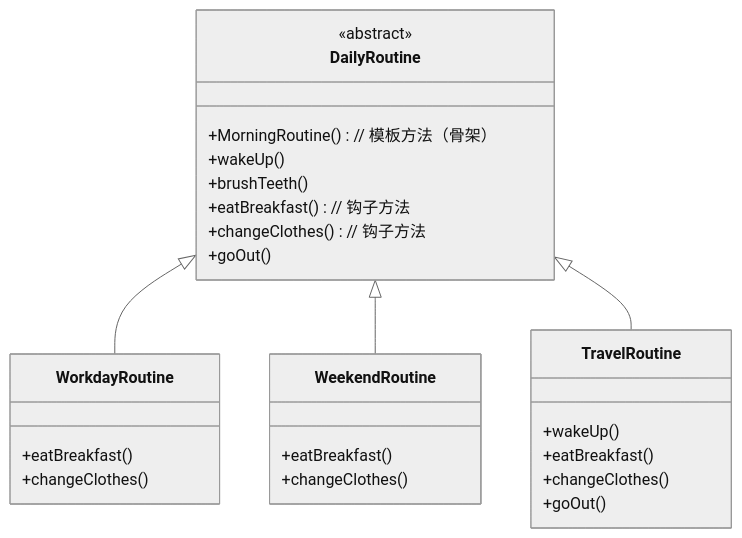
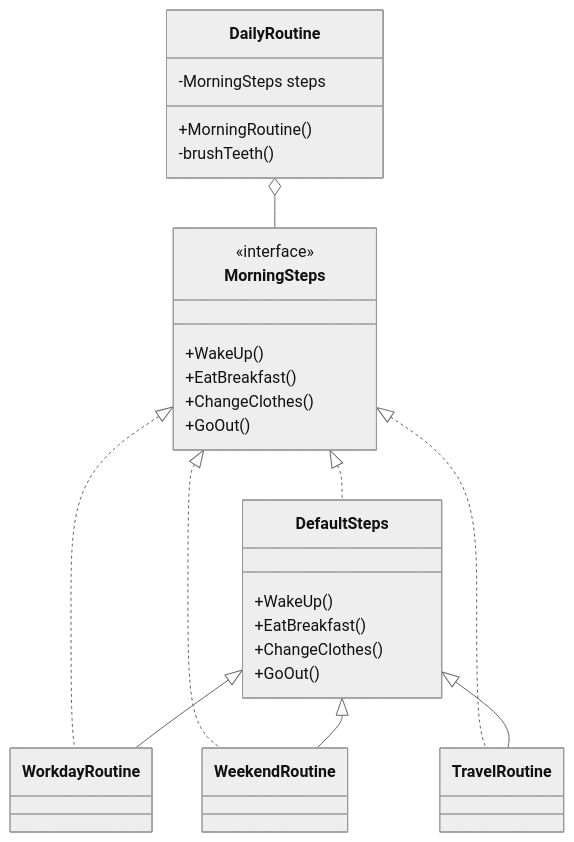
One commit to before80/prgms changed the second of 10 diagrams in content/go/basic/Chapter-40-Behavioral-Patterns.md. Above: the diagram before and after it, drawn with Mermaid (neutral theme). The commit also changed other lines of this file and 1645 other files, not shown here.

````diff
--- a/content/go/basic/Chapter-40-Behavioral-Patterns.md
+++ b/content/go/basic/Chapter-40-Behavioral-Patterns.md
@@ -572,33 +567,36 @@
 ```mermaid
 classDiagram
-    class DailyRoutine {
-        <<abstract>>
-        +MorningRoutine() // 模板方法（骨架）
-        +wakeUp()
-        +brushTeeth()
-        +eatBreakfast() // 钩子方法
-        +changeClothes() // 钩子方法
-        +goOut()
+    class MorningSteps {
+        <<interface>>
+        +WakeUp()
+        +EatBreakfast()
+        +ChangeClothes()
+        +GoOut()
     }
 
-    class WorkdayRoutine {
-        +eatBreakfast()
-        +changeClothes()
+    class DefaultSteps {
+        +WakeUp()
+        +EatBreakfast()
+        +ChangeClothes()
+        +GoOut()
     }
 
-    class WeekendRoutine {
-        +eatBreakfast()
-        +changeClothes()
+    class DailyRoutine {
+        -MorningSteps steps
+        +MorningRoutine()
+        -brushTeeth()
     }
 
-    class TravelRoutine {
-        +wakeUp()
-        +eatBreakfast()
-        +changeClothes()
-        +goOut()
-    }
+    class WorkdayRoutine
+    class WeekendRoutine
+    class TravelRoutine
 
-    DailyRoutine <|-- WorkdayRoutine
-    DailyRoutine <|-- WeekendRoutine
-    DailyRoutine <|-- TravelRoutine
+    MorningSteps <|.. DefaultSteps
+    MorningSteps <|.. WorkdayRoutine
+    MorningSteps <|.. WeekendRoutine
+    MorningSteps <|.. TravelRoutine
+    DefaultSteps <|-- WorkdayRoutine
+    DefaultSteps <|-- WeekendRoutine
+    DefaultSteps <|-- TravelRoutine
+    DailyRoutine o-- MorningSteps
 ```
````
